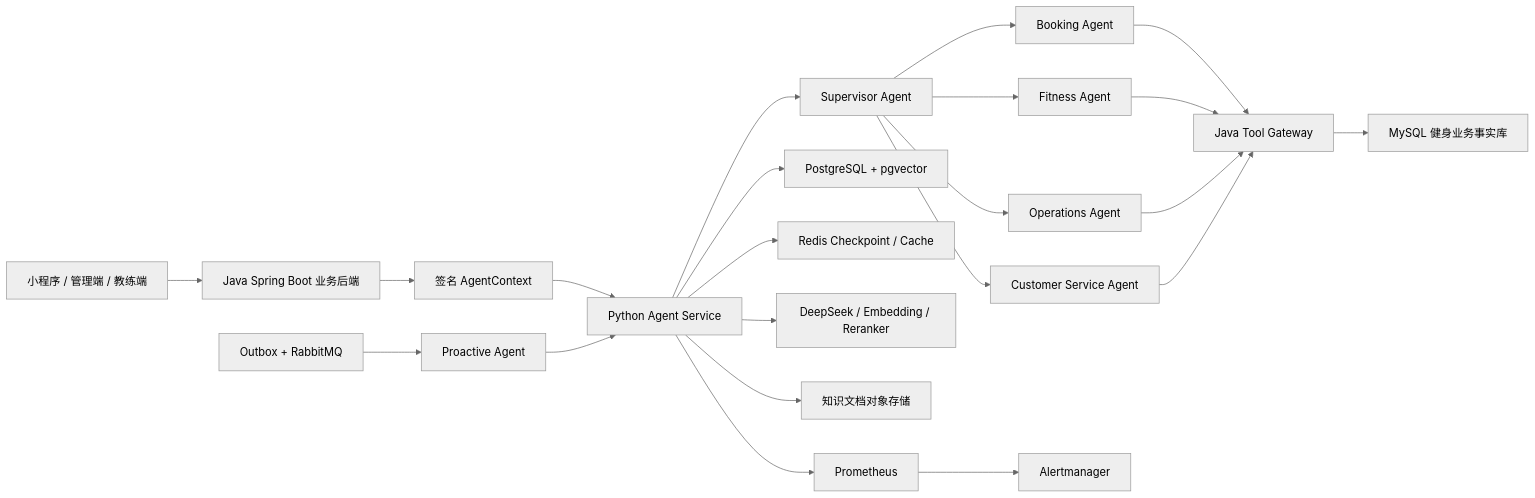
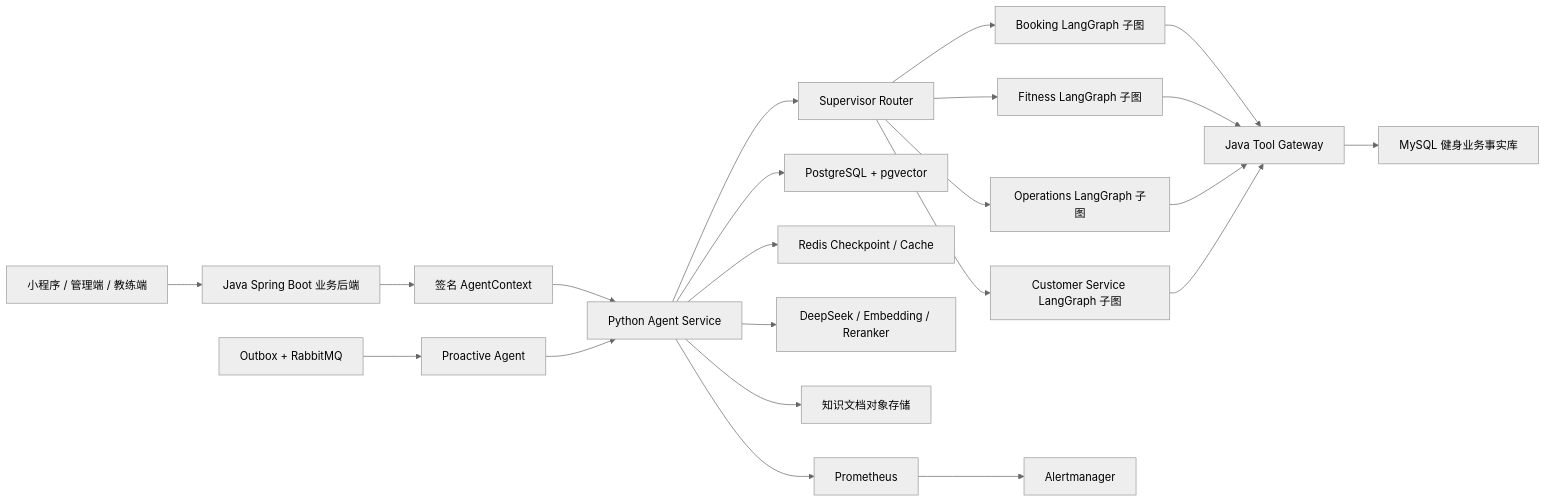
The diagram in docs/ai-fitness-agent-delivery-report.md (Dericccck/ai-fitness-platform), drawn with Mermaid (neutral theme) before and after one commit. The commit also changed other lines of this file and 8 other files, not shown here.

First line of the commit message:
重构为 Supervisor 与多领域 LangGraph 子图

````diff
--- a/docs/ai-fitness-agent-delivery-report.md
+++ b/docs/ai-fitness-agent-delivery-report.md
@@ -13,24 +13,24 @@
 ```mermaid
 flowchart LR
     Client["小程序 / 管理端 / 教练端"] --> Java["Java Spring Boot 业务后端"]
     Java --> Context["签名 AgentContext"]
     Context --> Agent["Python Agent Service"]
-    Agent --> Supervisor["Supervisor Agent"]
-    Supervisor --> Booking["Booking Agent"]
-    Supervisor --> Fitness["Fitness Agent"]
-    Supervisor --> Operations["Operations Agent"]
-    Supervisor --> Customer["Customer Service Agent"]
+    Agent --> Supervisor["Supervisor Router"]
+    Supervisor --> Booking["Booking LangGraph 子图"]
+    Supervisor --> Fitness["Fitness LangGraph 子图"]
+    Supervisor --> Operations["Operations LangGraph 子图"]
+    Supervisor --> Customer["Customer Service LangGraph 子图"]
     Events["Outbox + RabbitMQ"] --> Proactive["Proactive Agent"]
     Proactive --> Agent
     Booking --> Tools["Java Tool Gateway"]
     Fitness --> Tools
     Operations --> Tools
     Customer --> Tools
     Tools --> MySQL["MySQL 健身业务事实库"]
     Agent --> Postgres["PostgreSQL + pgvector"]
     Agent --> Redis["Redis Checkpoint / Cache"]
     Agent --> Models["DeepSeek / Embedding / Reranker"]
     Agent --> ObjectStorage["知识文档对象存储"]
     Agent --> Prometheus["Prometheus"]
     Prometheus --> Alertmanager["Alertmanager"]
 ```
````
